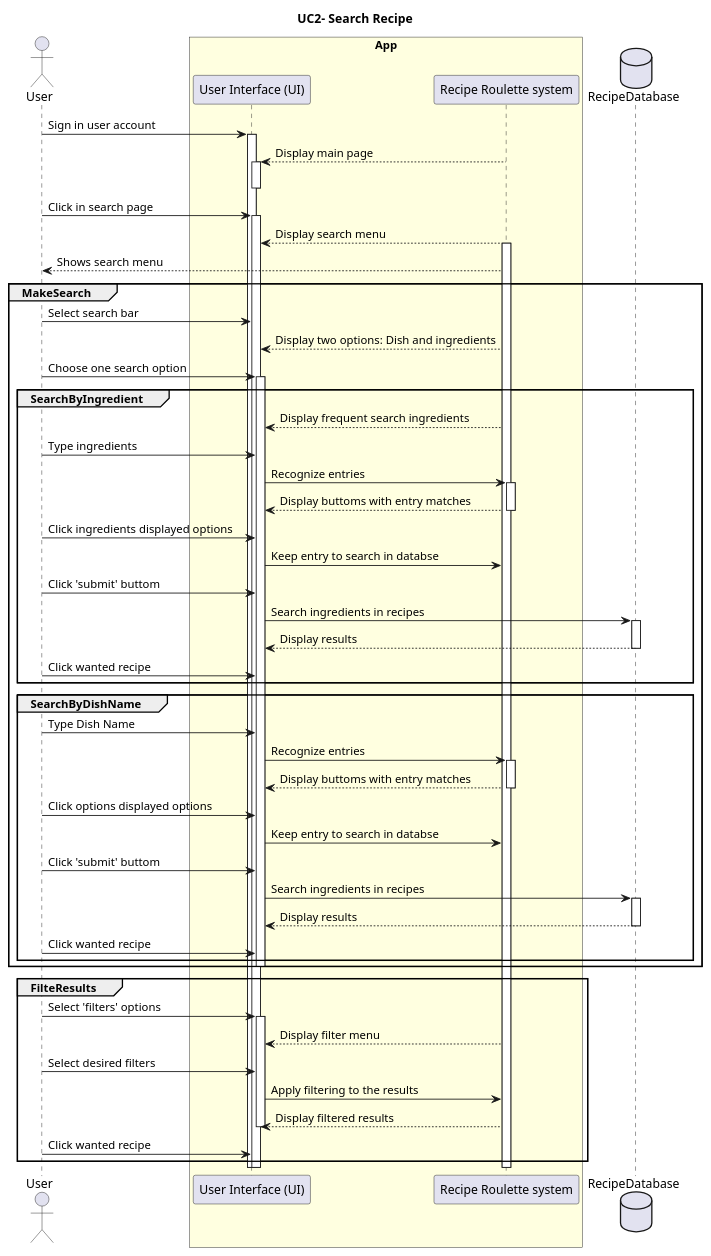
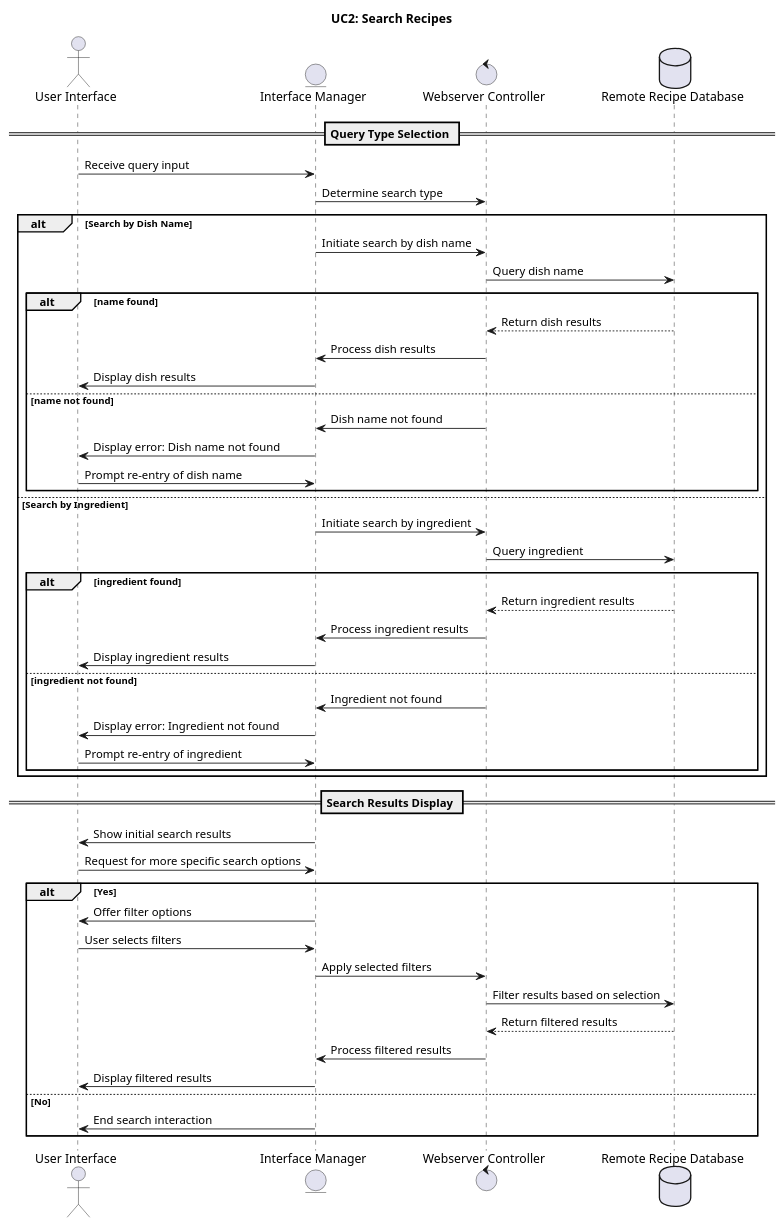
Before and after one commit to carmensat/RECIPE-ROULETTE: the diagram in DIAGRAMS/UC2_SEQUENCE_recipe_search.puml, drawn with PlantUML.

```diff
--- a/DIAGRAMS/UC2_SEQUENCE_recipe_search.puml
+++ b/DIAGRAMS/UC2_SEQUENCE_recipe_search.puml
@@ -1,86 +1,54 @@
-@startuml
-title: UC2- Search Recipe
+ @startuml
+title UC2: Search Recipes
 
-actor "User" as user
+actor "User Interface" as UI
+entity "Interface Manager" as IM
+control "Webserver Controller" as WC
+database "Remote Recipe Database" as DB
 
-box "App" #LightYellow
-  participant "User Interface (UI)" as ui
-  participant "Recipe Roulette system" as a
-end box
+== Query Type Selection ==
+UI -> IM : Receive query input
+IM -> WC : Determine search type
 
-database RecipeDatabase as RB
+alt Search by Dish Name
+	IM -> WC : Initiate search by dish name
+	WC -> DB : Query dish name
+	alt name found
+    	DB --> WC : Return dish results
+    	WC -> IM : Process dish results
+    	IM -> UI : Display dish results
+	else name not found
+    	WC -> IM : Dish name not found
+    	IM -> UI : Display error: Dish name not found
+    	UI -> IM : Prompt re-entry of dish name
+	end
+else Search by Ingredient
+	IM -> WC : Initiate search by ingredient
+	WC -> DB : Query ingredient
+	alt ingredient found
+    	DB --> WC : Return ingredient results
+    	WC -> IM : Process ingredient results
+    	IM -> UI : Display ingredient results
+	else ingredient not found
+    	WC -> IM : Ingredient not found
+    	IM -> UI : Display error: Ingredient not found
+    	UI -> IM : Prompt re-entry of ingredient
+	end
+end
 
+== Search Results Display ==
+IM -> UI : Show initial search results
+UI -> IM : Request for more specific search options
+alt Yes
+	IM -> UI : Offer filter options
+	UI -> IM : User selects filters
+	IM -> WC : Apply selected filters
+	WC -> DB : Filter results based on selection
+	DB --> WC : Return filtered results
+	WC -> IM : Process filtered results
+	IM -> UI : Display filtered results
+else No
+	IM -> UI : End search interaction
+end
 
-user -> ui: Sign in user account
-activate ui
-a --> ui: Display main page
-activate ui
-deactivate ui
-
-user -> ui: Click in search page
-
-activate ui
-a --> ui: Display search menu
-activate a
-a --> user: Shows search menu
-
-group MakeSearch
-user -> ui: Select search bar
-a --> ui: Display two options: Dish and ingredients
-user -> ui: Choose one search option
-activate ui
-
-  group SearchByIngredient
-  a --> ui: Display frequent search ingredients
-  user -> ui: Type ingredients
-  ui -> a: Recognize entries
-  activate a
-  a --> ui: Display buttoms with entry matches
-  deactivate a
-  user -> ui: Click ingredients displayed options
-  ui -> a: Keep entry to search in databse
-  user -> ui: Click 'submit' buttom
-  ui -> RB: Search ingredients in recipes
-  activate RB
-  RB --> ui: Display results
-  deactivate RB
-  user -> ui: Click wanted recipe
-  
-  end group
-
-
-  group SearchByDishName
-    user -> ui: Type Dish Name
-    ui -> a: Recognize entries
-    activate a
-    a --> ui: Display buttoms with entry matches
-    deactivate a
-    user -> ui: Click options displayed options
-    ui -> a: Keep entry to search in databse
-    user -> ui: Click 'submit' buttom
-    ui -> RB: Search ingredients in recipes
-    activate RB
-    RB --> ui: Display results
-    deactivate RB
-    user -> ui: Click wanted recipe
-  end group
-deactivate ui
-
-end group
-
-group FilteResults
-  user -> ui: Select 'filters' options
-  activate ui
-  a --> ui: Display filter menu
-  user -> ui: Select desired filters
-  ui -> a: Apply filtering to the results
-  a --> ui: Display filtered results
-  deactivate ui
-  user -> ui: Click wanted recipe
-  
-end group
-  
-deactivate a
-deactivate ui
-deactivate ui
 @enduml
```
